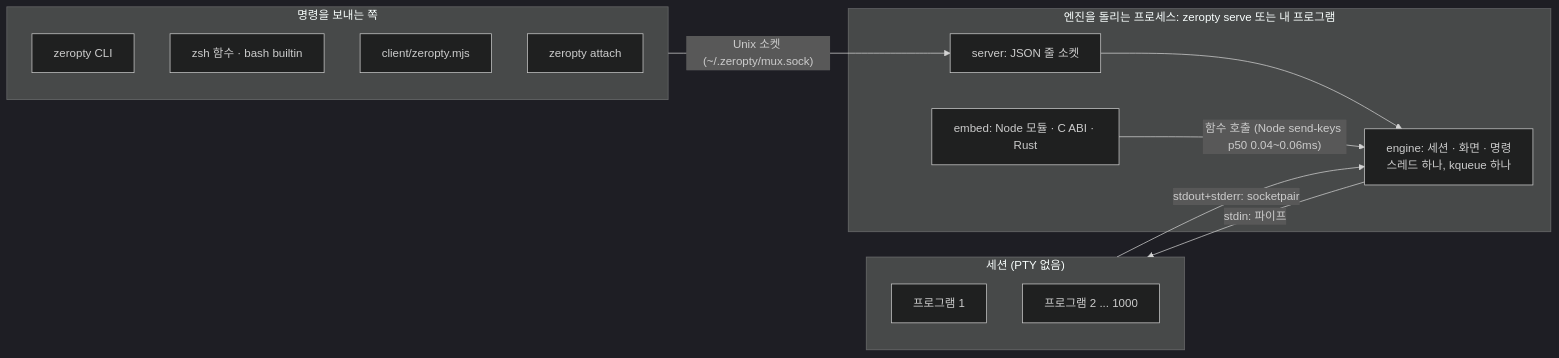
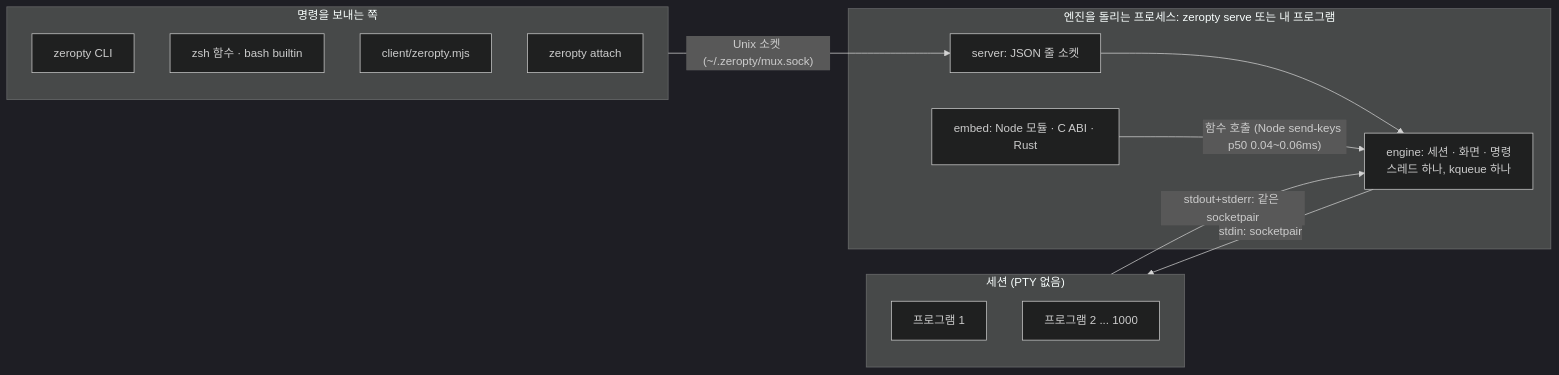
Before and after one commit to CreatiCoding/zeropty: the first of 5 diagrams in docs/ko/DESIGN.md, drawn with Mermaid (dark theme). The commit also changed other lines of this file and 12 other files, not shown here.

````diff
--- a/docs/ko/DESIGN.md
+++ b/docs/ko/DESIGN.md
@@ -24,23 +24,23 @@
 ```mermaid
 flowchart LR
   subgraph clients["명령을 보내는 쪽"]
     cli["zeropty CLI"]
     sh["zsh 함수 · bash builtin"]
     node["client/zeropty.mjs"]
     att["zeropty attach"]
   end
   subgraph host["엔진을 돌리는 프로세스: zeropty serve 또는 내 프로그램"]
     srv["server: JSON 줄 소켓"]
     eng["engine: 세션 · 화면 · 명령<br/>스레드 하나, kqueue 하나"]
     emb["embed: Node 모듈 · C ABI · Rust"]
   end
   subgraph sessions["세션 (PTY 없음)"]
     p1["프로그램 1"]
     p2["프로그램 2 ... 1000"]
   end
   clients -->|"Unix 소켓 (~/.zeropty/mux.sock)"| srv
   srv --> eng
   emb -->|"함수 호출 (Node send-keys p50 0.04~0.06ms)"| eng
-  eng -->|"stdin: 파이프"| sessions
-  sessions -->|"stdout+stderr: socketpair"| eng
+  eng -->|"stdin: socketpair"| sessions
+  sessions -->|"stdout+stderr: 같은 socketpair"| eng
 ```
````
